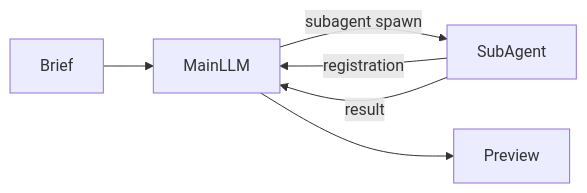
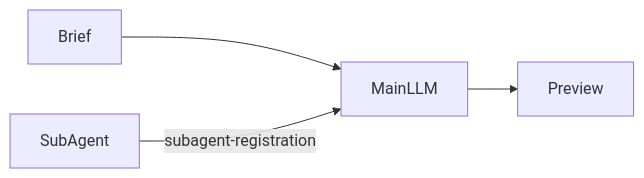
The diagram in docs/use-cases/agent-swarm.md (earthdmitriy/langflower), drawn with Mermaid before and after one commit. The commit also changed other lines of this file and 96 other files, not shown here.

Commit message:
uniform tool/mcp/subagent registration

````diff
--- a/docs/use-cases/agent-swarm.md
+++ b/docs/use-cases/agent-swarm.md
@@ -124,13 +124,11 @@
 ```mermaid
 flowchart LR
   Brief[Brief]
   Main[MainLLM]
   Sub[SubAgent]
   Fin[Preview]
 
   Brief --> Main
-  Sub -->|registration| Main
-  Main -->|subagent spawn| Sub
-  Sub -->|result| Main
+  Sub -->|subagent-registration| Main
   Main --> Fin
 ```
````
